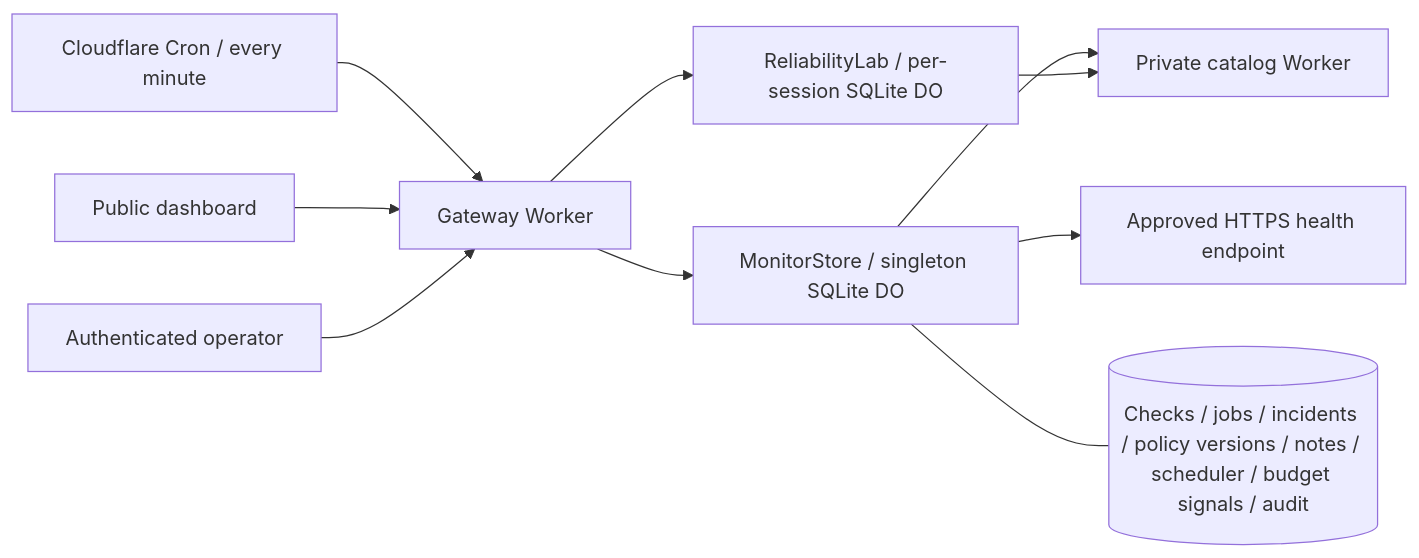
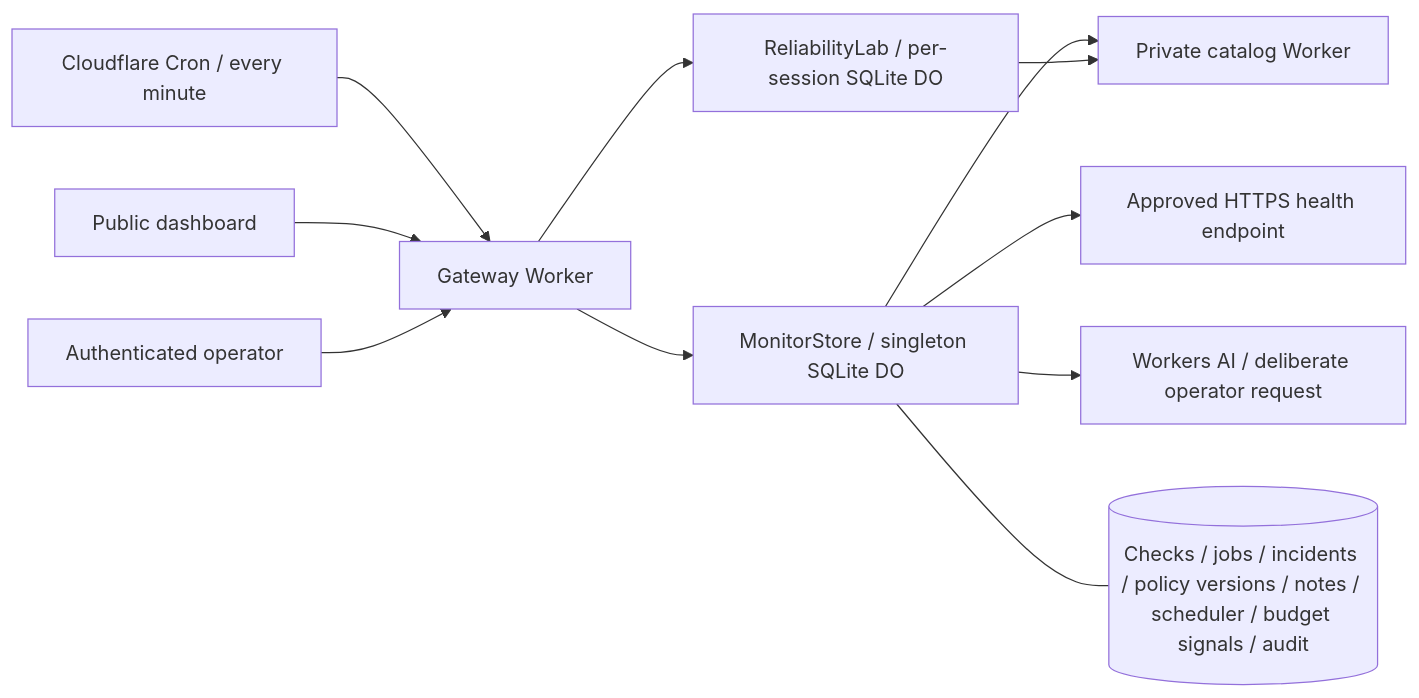
One commit to HenryWashuHe/edgelab changed the diagram in README.md. Above: the diagram before and after it, drawn with Mermaid. The commit also changed other lines of this file and 44 other files, not shown here.

````diff
--- a/README.md
+++ b/README.md
@@ -47,12 +48,13 @@
 ```mermaid
 flowchart LR
   C[Cloudflare Cron / every minute] --> G[Gateway Worker]
   B[Public dashboard] --> G
   A[Authenticated operator] --> G
   G --> M[MonitorStore / singleton SQLite DO]
   M --> P[Private catalog Worker]
   M --> H[Approved HTTPS health endpoint]
+  M --> AI[Workers AI / deliberate operator request]
   M --- S[(Checks / jobs / incidents / policy versions / notes / scheduler / budget signals / audit)]
   G --> L[ReliabilityLab / per-session SQLite DO]
   L --> P
 ```
````
